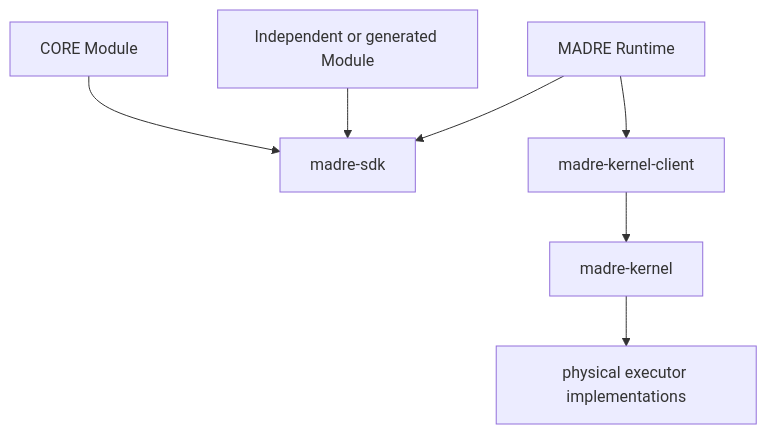
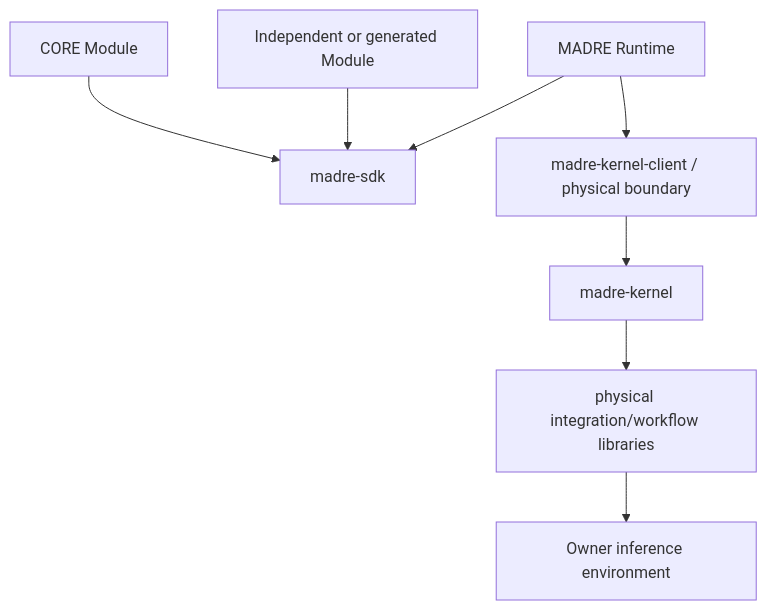
Before and after one commit to DidacLL/MADRE: diagram 11 of 11 in docs/architecture/mid-level-architecture.md, drawn with Mermaid. The commit also changed other lines of this file, not shown here.

Commit message:
docs: rederive mid-level inference architecture

````diff
--- a/docs/architecture/mid-level-architecture.md
+++ b/docs/architecture/mid-level-architecture.md
@@ -556,17 +629,19 @@
 ```mermaid
 flowchart TB
     SDK["madre-sdk"]
     CORE["CORE Module"]
     MOD["Independent or generated Module"]
     RT["MADRE Runtime"]
-    KC["madre-kernel-client"]
+    KC["madre-kernel-client / physical boundary"]
     K["madre-kernel"]
-    X["physical executor implementations"]
+    P["physical integration/workflow libraries"]
+    E["Owner inference environment"]
 
     CORE --> SDK
     MOD --> SDK
     RT --> SDK
     RT --> KC
     KC --> K
-    K --> X
+    K --> P
+    P --> E
 ```
````
